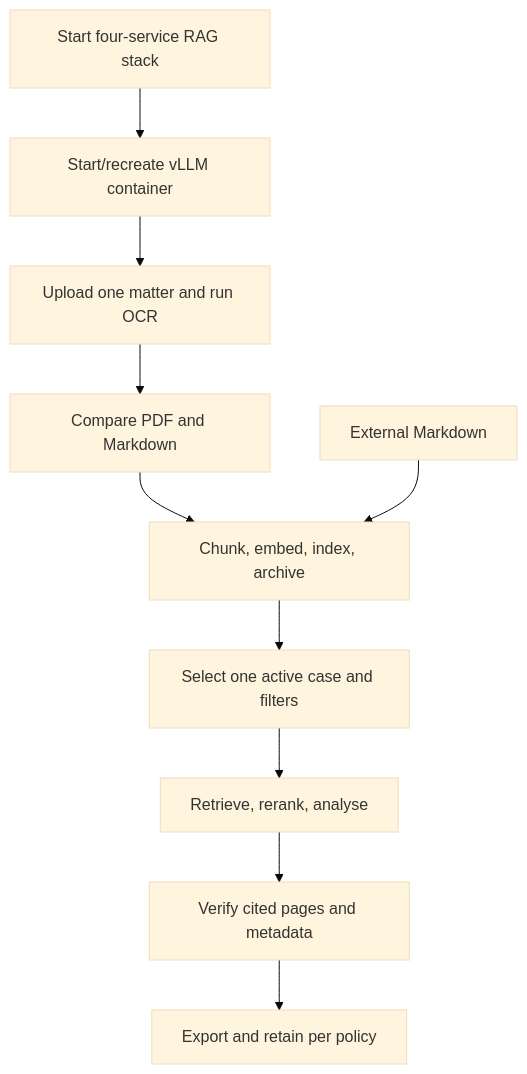
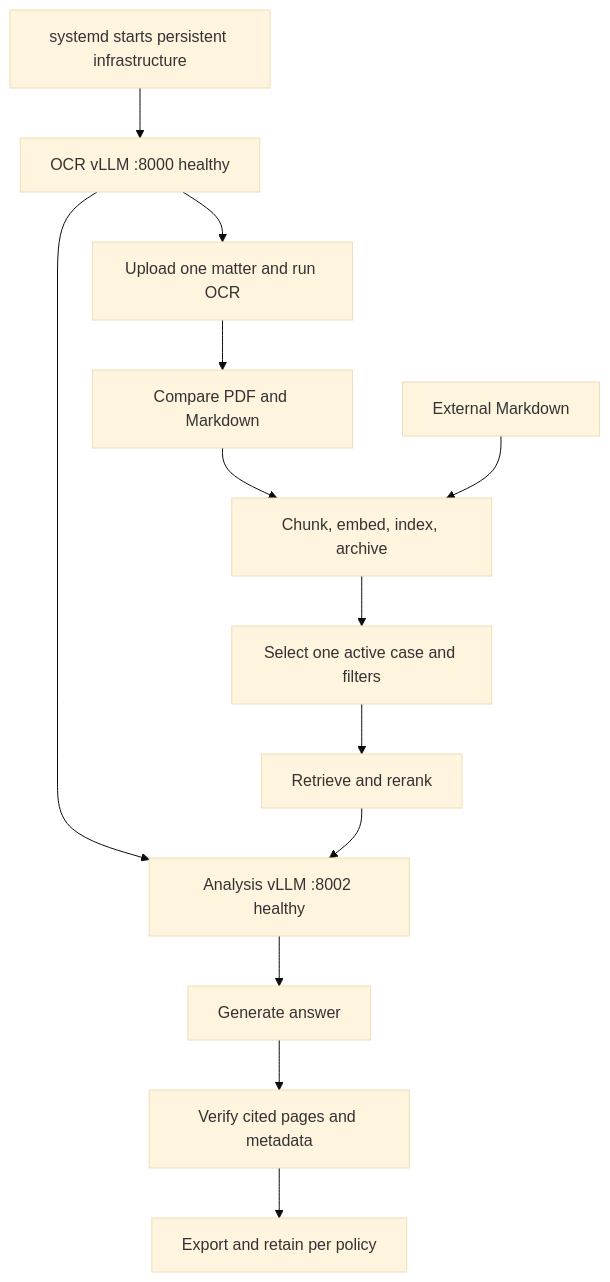
The first of 2 diagrams in medicolegal_rag_guide.md (r70pro/CORAG), drawn with Mermaid (base theme) before and after one commit. The commit also changed other lines of this file and 52 other files, not shown here.

````diff
--- a/medicolegal_rag_guide.md
+++ b/medicolegal_rag_guide.md
@@ -30,12 +37,15 @@
 ```mermaid
 flowchart TD
-    START[Start four-service RAG stack] --> MODEL[Start/recreate vLLM container]
-    MODEL --> OCR[Upload one matter and run OCR]
+    START[systemd starts persistent infrastructure] --> OCRMODEL[OCR vLLM :8000 healthy]
+    OCRMODEL --> ANALYSISMODEL[Analysis vLLM :8002 healthy]
+    OCRMODEL --> OCR[Upload one matter and run OCR]
     OCR --> VERIFY[Compare PDF and Markdown]
     VERIFY --> INDEX[Chunk, embed, index, archive]
     EXT[External Markdown] --> INDEX
     INDEX --> SCOPE[Select one active case and filters]
-    SCOPE --> ASK[Retrieve, rerank, analyse]
-    ASK --> CHECK[Verify cited pages and metadata]
-    CHECK --> EXPORT[Export and retain per policy]
+    SCOPE --> ASK[Retrieve and rerank]
+    ASK --> ANALYSISMODEL
+    ANALYSISMODEL --> CHECK[Generate answer]
+    CHECK --> VERIFYCLAIMS[Verify cited pages and metadata]
+    VERIFYCLAIMS --> EXPORT[Export and retain per policy]
 ```
````
